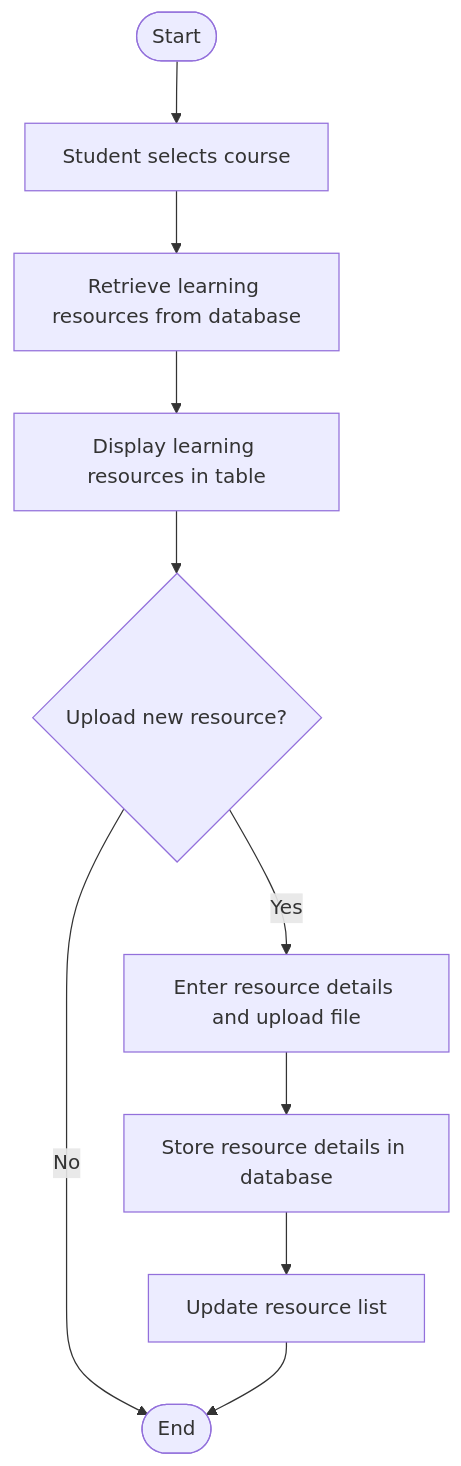
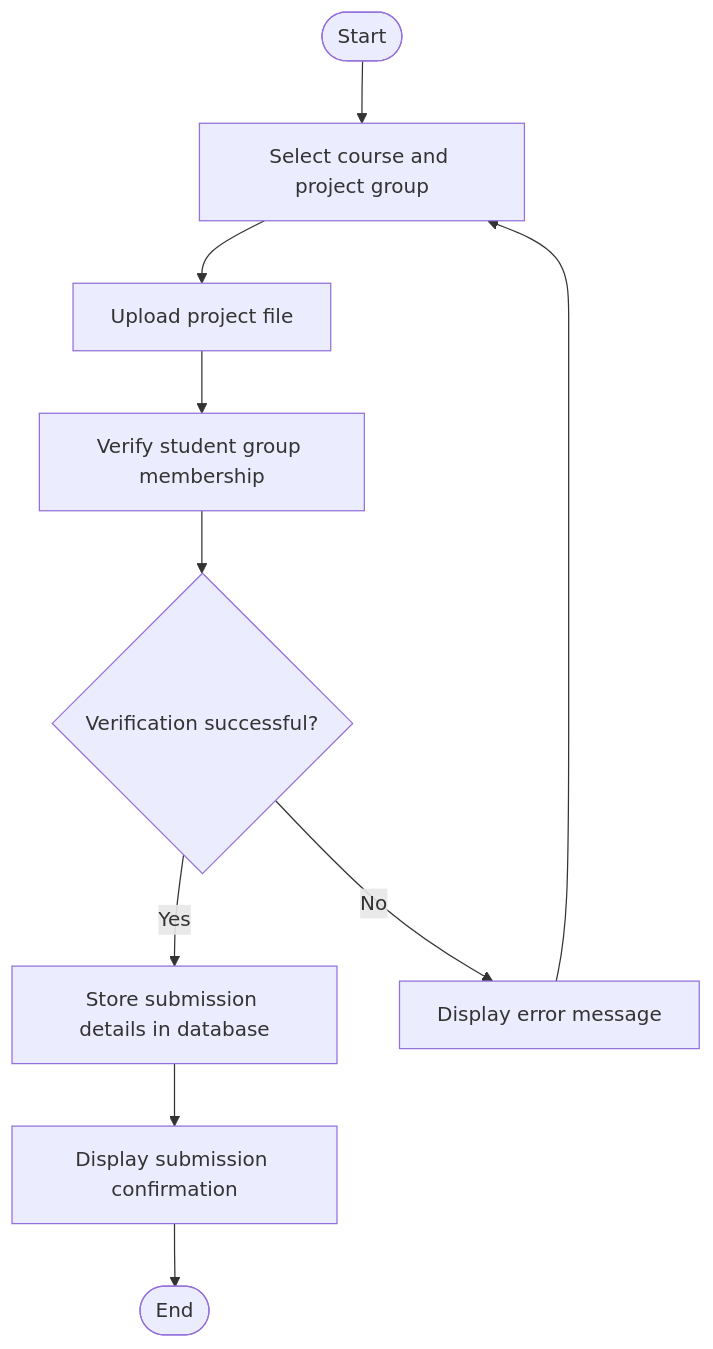
Before and after one commit to Lifantastic-O/iodraw-files: the diagram in all/未命名-5.md, drawn with Mermaid.

Commit message:
2026-01-14 21:36:23 update

````diff
--- a/all/未命名-5.md
+++ b/all/未命名-5.md
@@ -1,13 +1,13 @@
 ```mermaid
 flowchart TD
-    A([Start]) --> B[Student selects course]
-    B --> C[Retrieve learning resources from database]
-    C --> D[Display learning resources in table]
-    D --> E{Upload new resource?}
-    E -- No --> F([End])
-    E -- Yes --> G[Enter resource details and upload file]
-    G --> H[Store resource details in database]
-    H --> I[Update resource list]
-    I --> F
+    A([Start]) --> B[Select course and project group]
+    B --> C[Upload project file]
+    C --> D[Verify student group membership]
+    D --> E{Verification successful?}
+    E -- Yes --> F[Store submission details in database]
+    F --> G[Display submission confirmation]
+    G --> H([End])
+    E -- No --> I[Display error message]
+    I --> B
 
 ```
````
